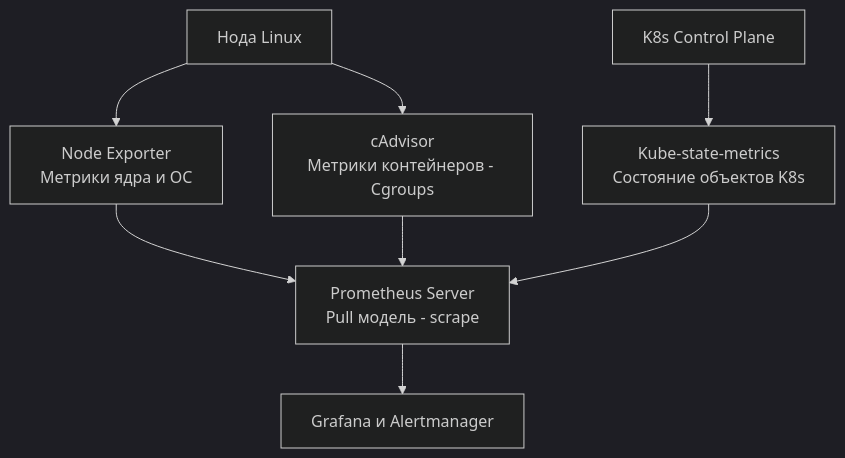
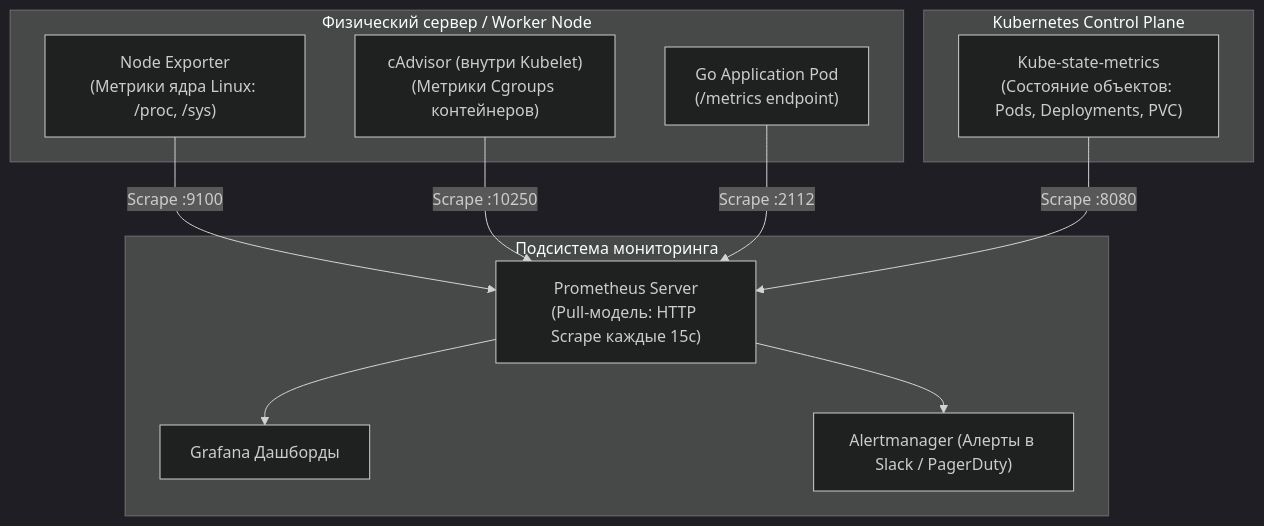
Before and after one commit to UnrealTemplier/go-textbook: the second of 3 diagrams in sources/19. Инфраструктура. Linux, nginx, Docker, Kubernetes/05. Практика/4. Мониторинг инфраструктуры.md, drawn with Mermaid (dark theme). The commit also changed other lines of this file, not shown here.

Commit message:
feat(module-19): editorial rewrite of 05.4 Monitoring in Kernighan style (deduplicated)

````diff
--- a/sources/19. Инфраструктура. Linux, nginx, Docker, Kubernetes/05. Практика/4. Мониторинг инфраструктуры.md
+++ b/sources/19. Инфраструктура. Linux, nginx, Docker, Kubernetes/05. Практика/4. Мониторинг инфраструктуры.md
@@ -129,10 +34,26 @@
 ```mermaid
 flowchart TD
-    A["Нода Linux"] --> B["Node Exporter<br>Метрики ядра и ОС"]
-    A --> C["cAdvisor<br>Метрики контейнеров - Cgroups"]
-    D["K8s Control Plane"] --> E["Kube-state-metrics<br>Состояние объектов K8s"]
-    B --> F["Prometheus Server<br>Pull модель - scrape"]
-    C --> F
-    E --> F
-    F --> G["Grafana и Alertmanager"]
+    subgraph Host["Физический сервер / Worker Node"]
+        NE["Node Exporter\n(Метрики ядра Linux: /proc, /sys)"]
+        cAdv["cAdvisor (внутри Kubelet)\n(Метрики Cgroups контейнеров)"]
+        GoPod["Go Application Pod\n(/metrics endpoint)"]
+    end
+
+    subgraph ControlPlane["Kubernetes Control Plane"]
+        KSM["Kube-state-metrics\n(Состояние объектов: Pods, Deployments, PVC)"]
+    end
+
+    subgraph MonitoringStack["Подсистема мониторинга"]
+        Prom["Prometheus Server\n(Pull-модель: HTTP Scrape каждые 15с)"]
+        Grafana["Grafana Дашборды"]
+        Alert["Alertmanager (Алерты в Slack / PagerDuty)"]
+        
+        Prom --> Grafana
+        Prom --> Alert
+    end
+
+    NE -->|"Scrape :9100"| Prom
+    cAdv -->|"Scrape :10250"| Prom
+    GoPod -->|"Scrape :2112"| Prom
+    KSM -->|"Scrape :8080"| Prom
 ```
````
